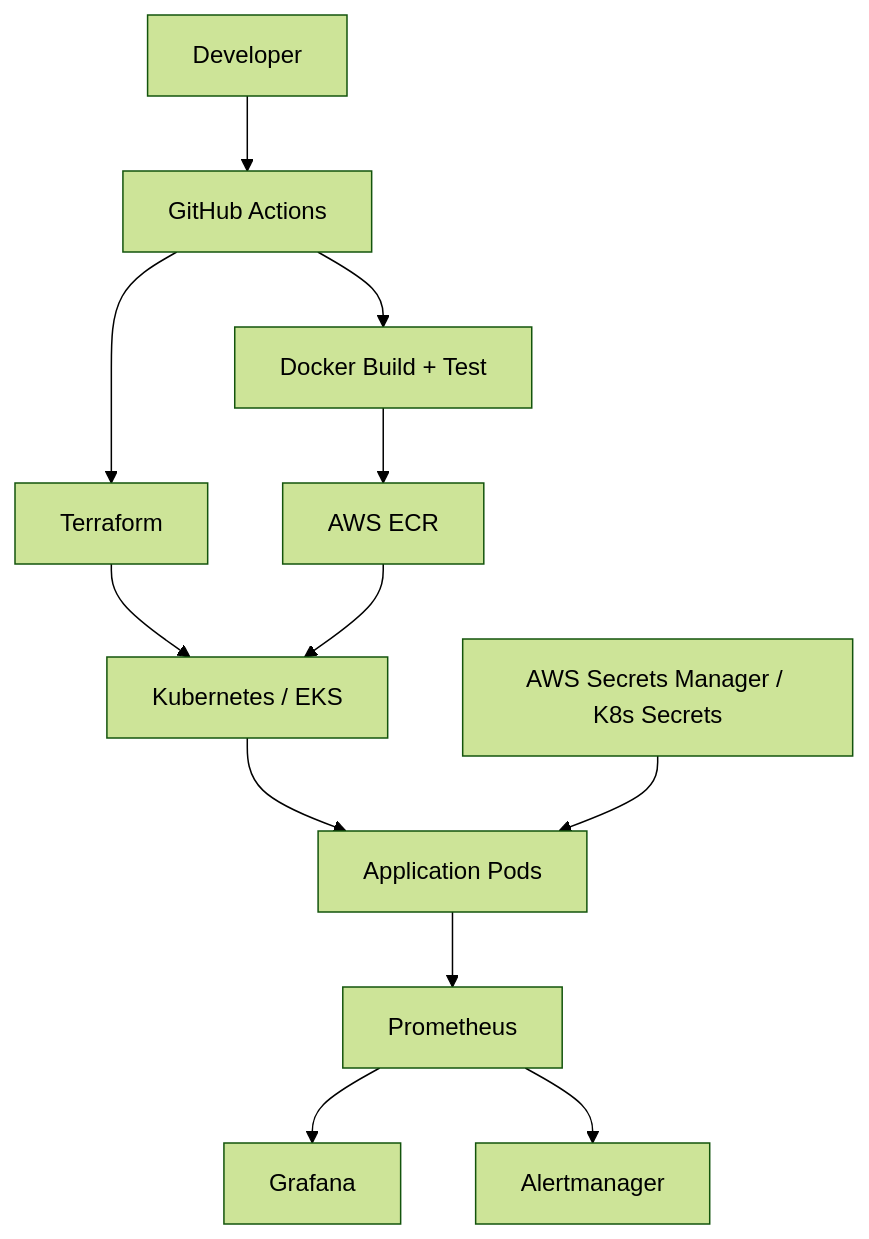
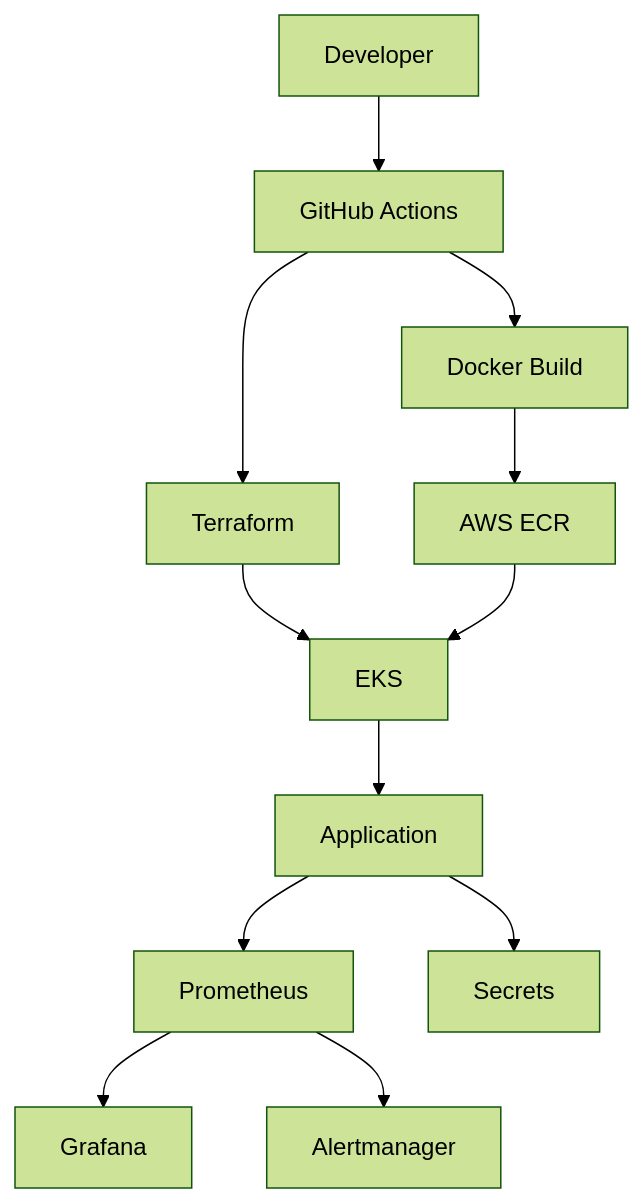
Before and after one commit to AloneRider-pixel/cloud-native-platform: the diagram in README.md, drawn with Mermaid (forest theme). The commit also changed other lines of this file, not shown here.

````diff
--- a/README.md
+++ b/README.md
@@ -12,22 +11,14 @@
 ```mermaid
 graph TB
-    DEV[Developer]
-    CI[GitHub Actions]
-    BUILD[Docker Build + Test]
-    ECR[AWS ECR]
-    TF[Terraform]
-    EKS[Kubernetes / EKS]
-    APP[Application Pods]
-    PROM[Prometheus]
-    GRAF[Grafana]
-    ALERT[Alertmanager]
-    SEC[AWS Secrets Manager / K8s Secrets]
-
-    DEV --> CI
-    CI --> BUILD --> ECR
-    CI --> TF --> EKS
-    ECR --> EKS --> APP
-    APP --> PROM --> GRAF
-    PROM --> ALERT
-    SEC --> APP
+    DEV[Developer] --> CI[GitHub Actions]
+    CI --> BUILD[Docker Build]
+    BUILD --> ECR[AWS ECR]
+    CI --> TF[Terraform]
+    TF --> EKS[EKS]
+    ECR --> EKS
+    EKS --> APP[Application]
+    APP --> PROM[Prometheus]
+    PROM --> GRAF[Grafana]
+    PROM --> ALERT[Alertmanager]
+    APP --> SEC[Secrets]
 ```
````
